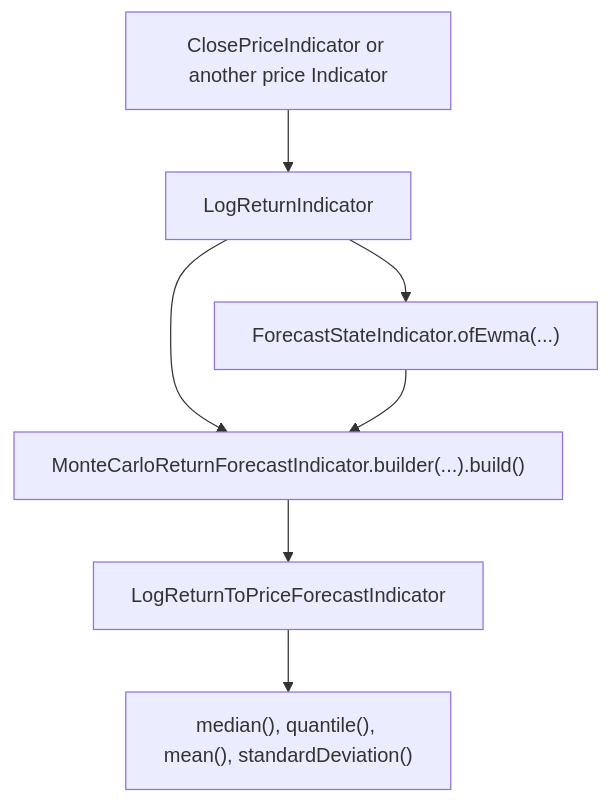
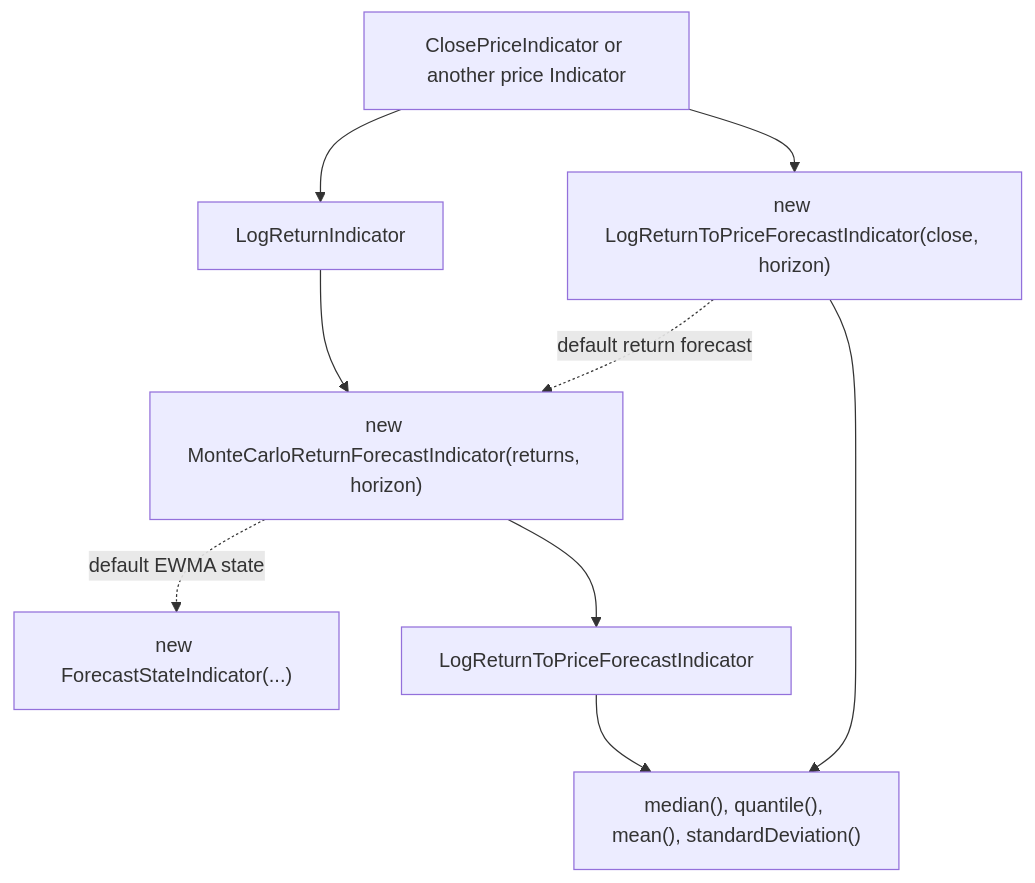
One commit to ta4j/ta4j-wiki changed the diagram in Forecast-Indicators.md. Above: the diagram before and after it, drawn with Mermaid. The commit also changed other lines of this file and 2 other files, not shown here.

Commit message:
CF-289 simplify forecast guide setup

````diff
--- a/Forecast-Indicators.md
+++ b/Forecast-Indicators.md
@@ -104,9 +84,11 @@
 ```mermaid
 graph TD
     CP["ClosePriceIndicator or another price Indicator<Num>"] --> LR["LogReturnIndicator"]
-    LR --> STATE["ForecastStateIndicator.ofEwma(...)"]
-    LR --> MC["MonteCarloReturnForecastIndicator.builder(...).build()"]
-    STATE --> MC
+    LR --> MC["new MonteCarloReturnForecastIndicator(returns, horizon)"]
+    MC -. "default EWMA state" .-> STATE["new ForecastStateIndicator(...)"]
     MC --> PRICE["LogReturnToPriceForecastIndicator"]
+    CP --> PRICE_SHORT["new LogReturnToPriceForecastIndicator(close, horizon)"]
+    PRICE_SHORT -. "default return forecast" .-> MC
     PRICE --> PROJECT["median(), quantile(), mean(), standardDeviation()"]
+    PRICE_SHORT --> PROJECT
 ```
````
